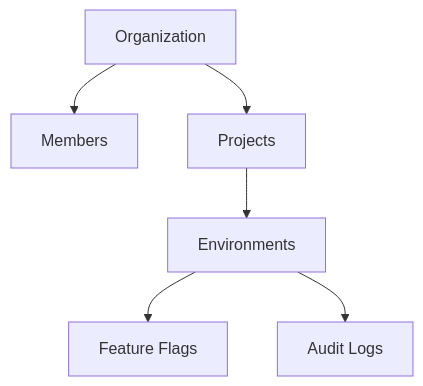
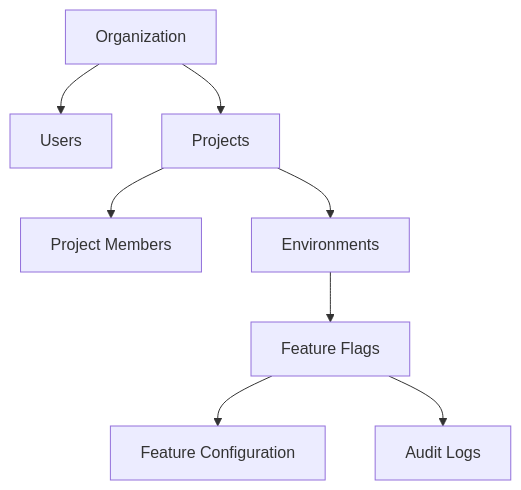
Before and after one commit to Arpita426/Smart-Feature-release-Management: the diagram in docs/03-System-Architecture.md, drawn with Mermaid. The commit also changed other lines of this file, not shown here.

Commit message:
Architecture Updated

````diff
--- a/docs/03-System-Architecture.md
+++ b/docs/03-System-Architecture.md
@@ -3,13 +3,19 @@
 ```mermaid
 graph TD
 
-A[Organization]
+ORG[Organization]
 
-A --> B[Members]
-A --> C[Projects]
+ORG --> USERS[Users]
 
-C --> D[Environments]
+ORG --> PROJECT[Projects]
 
-D --> E[Feature Flags]
-D --> F[Audit Logs]
+PROJECT --> MEMBER[Project Members]
+
+PROJECT --> ENV[Environments]
+
+ENV --> FLAG[Feature Flags]
+
+FLAG --> CONFIG[Feature Configuration]
+
+FLAG --> AUDIT[Audit Logs]
 ```
````
